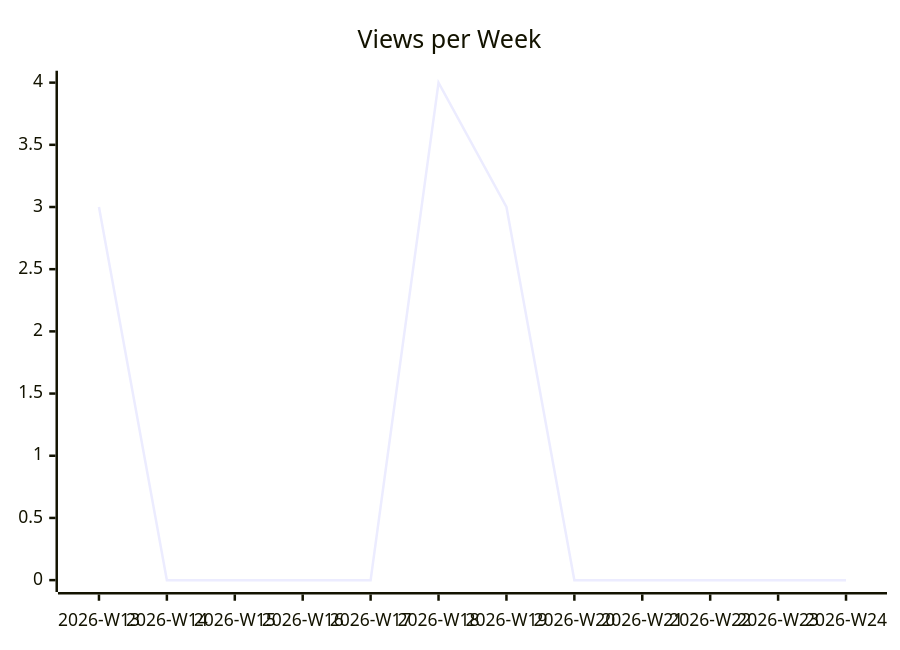
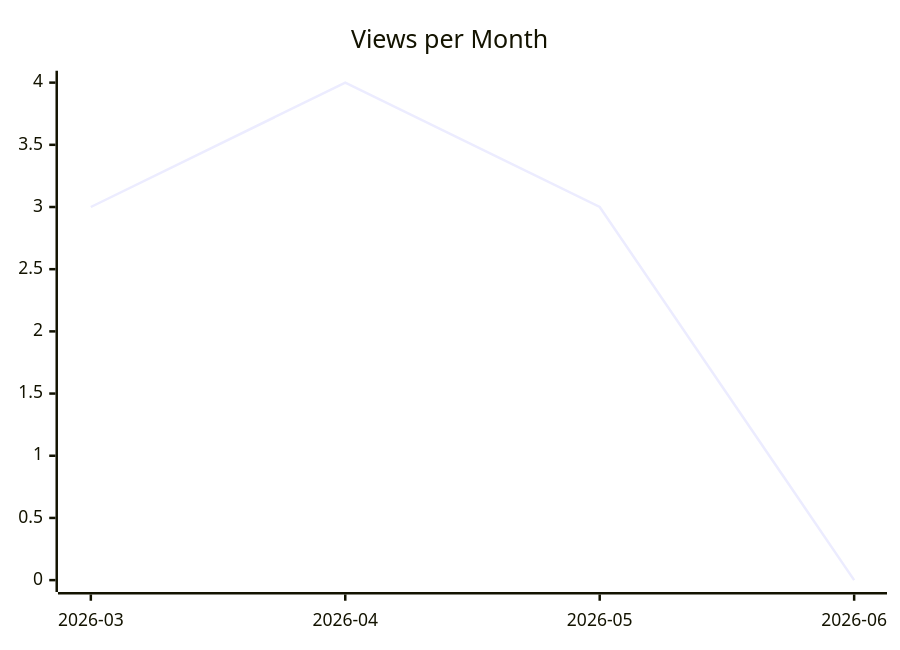
One commit to justdavis-family/github-analytics-data changed the second of 3 diagrams in karlmdavis/kxml2/README.md. Above: the diagram before and after it, drawn with Mermaid. The commit also changed other lines of this file and 198 other files, not shown here.

````diff
--- a/karlmdavis/kxml2/README.md
+++ b/karlmdavis/kxml2/README.md
@@ -12,6 +12,6 @@
 ```mermaid
 xychart-beta
-  title "Views per Week"
-  x-axis ["2026-W13", "2026-W14", "2026-W15", "2026-W16", "2026-W17", "2026-W18", "2026-W19", "2026-W20", "2026-W21", "2026-W22", "2026-W23", "2026-W24"]
-  line [3, 0, 0, 0, 0, 4, 3, 0, 0, 0, 0, 0]
+  title "Views per Month"
+  x-axis ["2026-03", "2026-04", "2026-05", "2026-06"]
+  line [3, 4, 3, 0]
 ```
````
